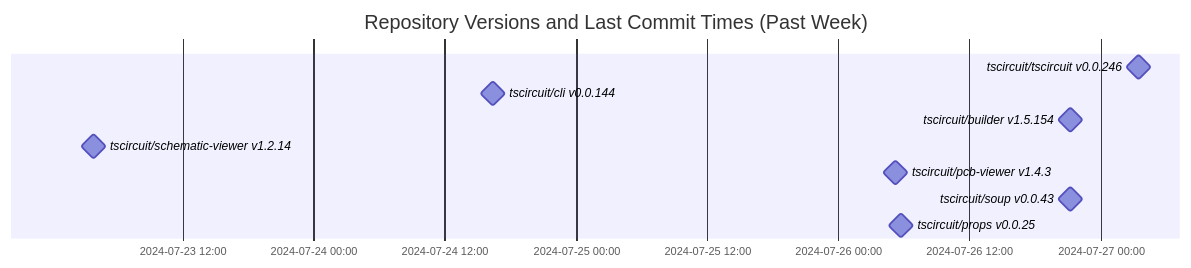
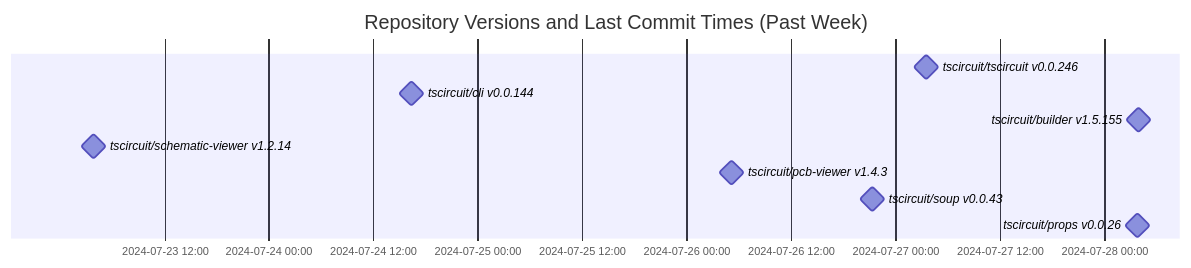
Before and after one commit to tscircuit/version-tracker: the diagram in README.md, drawn with Mermaid.

Commit message:
Update chart

````diff
--- a/README.md
+++ b/README.md
@@ -1,14 +1,14 @@
 ```mermaid
 gantt
   dateFormat  YYYY-MM-DD HH:mm:ss
   title Repository Versions and Last Commit Times (Past Week)
   axisFormat %Y-%m-%d %H:%M
 
   tscircuit/tscircuit v0.0.246 : milestone, 2024-07-27 03:27:02, 1s
   tscircuit/cli v0.0.144 : milestone, 2024-07-24 16:24:13, 1s
-  tscircuit/builder v1.5.154 : milestone, 2024-07-26 21:12:36, 1s
+  tscircuit/builder v1.5.155 : milestone, 2024-07-28 03:53:14, 1s
   tscircuit/schematic-viewer v1.2.14 : milestone, 2024-07-23 03:50:56, 1s
   tscircuit/pcb-viewer v1.4.3 : milestone, 2024-07-26 05:10:56, 1s
   tscircuit/soup v0.0.43 : milestone, 2024-07-26 21:15:18, 1s
-  tscircuit/props v0.0.25 : milestone, 2024-07-26 05:44:11, 1s
+  tscircuit/props v0.0.26 : milestone, 2024-07-28 03:42:14, 1s
 ```
````
